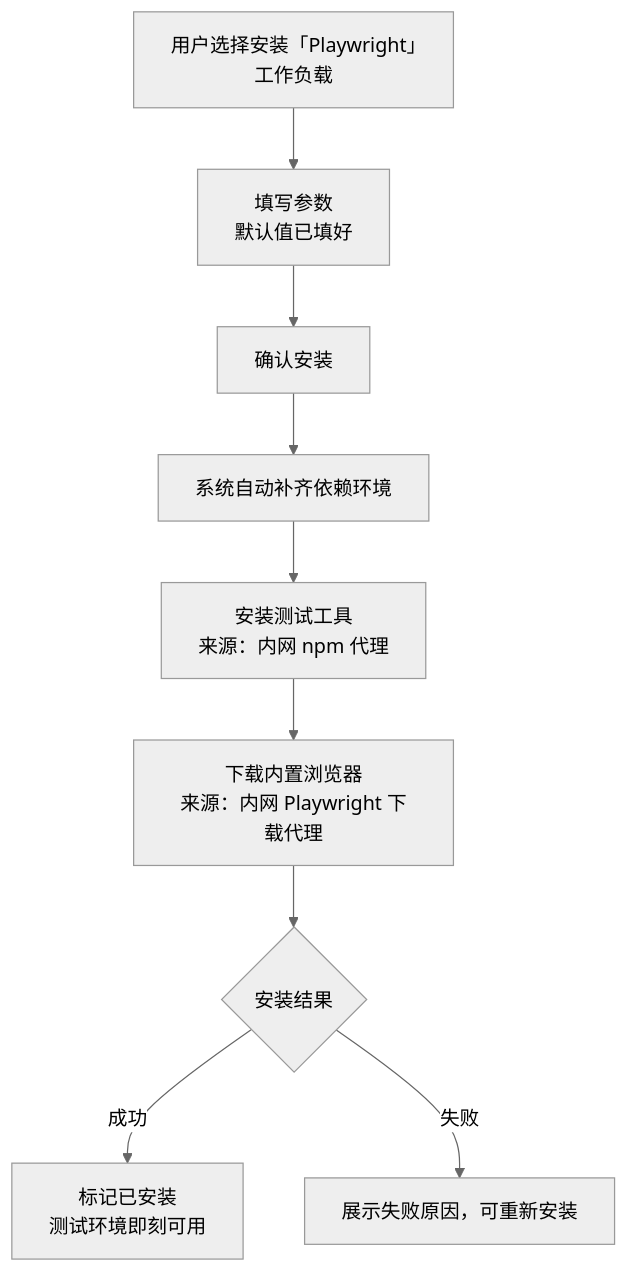
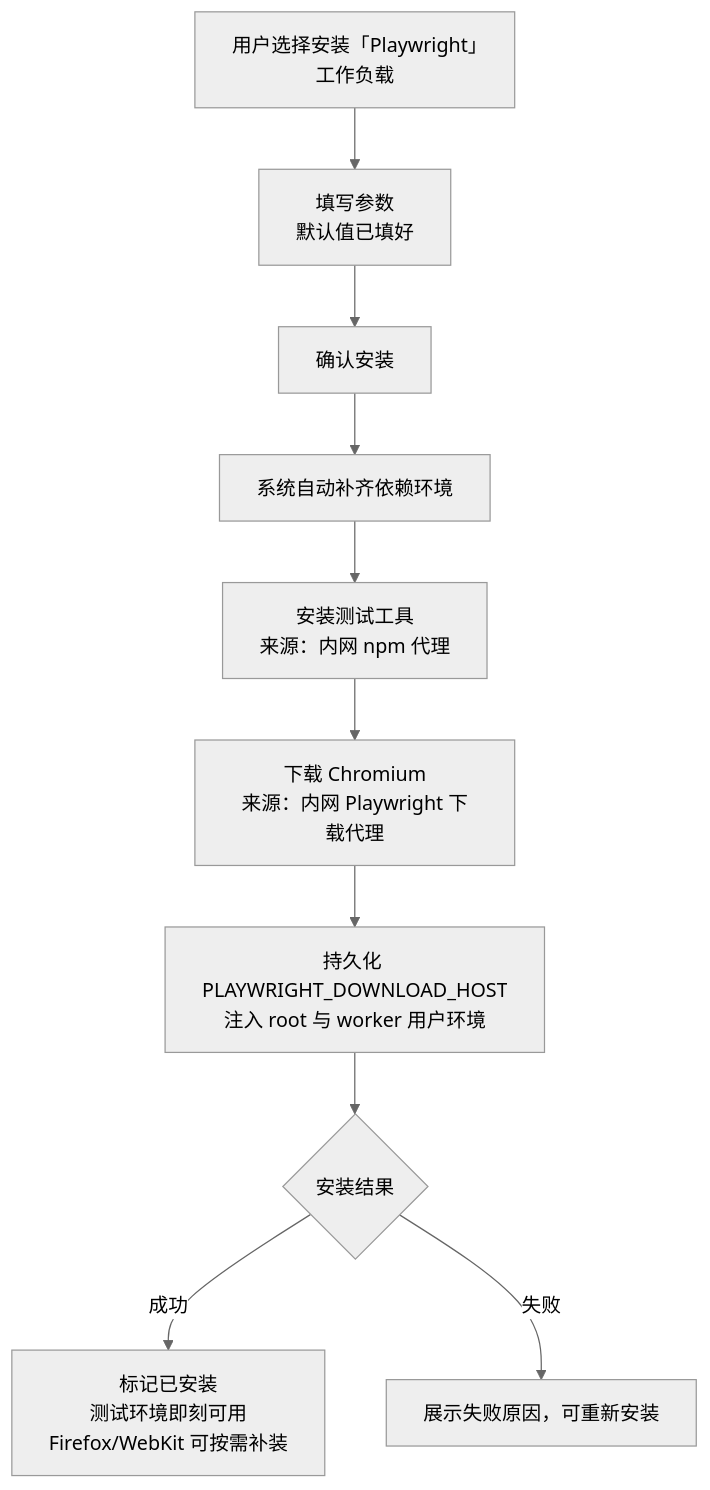
Before and after one commit to Deliay/z-agent-gear: the first of 2 diagrams in docs/product/draft/20261028-playwright-workload.md, drawn with Mermaid (neutral theme). The commit also changed other lines of this file and 2 other files, not shown here.

First line of the commit message:
docs(prd,plan): v1.1 评审修订——下载地址持久注入 root/worker 用户环境 + 默认仅安装 Chromium

````diff
--- a/docs/product/draft/20261028-playwright-workload.md
+++ b/docs/product/draft/20261028-playwright-workload.md
@@ -122,11 +137,12 @@
 ```mermaid
 flowchart TD
     A[用户选择安装「Playwright」工作负载] --> B[填写参数<br/>默认值已填好]
     B --> C[确认安装]
     C --> D[系统自动补齐依赖环境]
     D --> E[安装测试工具<br/>来源：内网 npm 代理]
-    E --> F[下载内置浏览器<br/>来源：内网 Playwright 下载代理]
-    F --> G{安装结果}
-    G -->|成功| H[标记已安装<br/>测试环境即刻可用]
+    E --> F[下载 Chromium<br/>来源：内网 Playwright 下载代理]
+    F --> F2[持久化 PLAYWRIGHT_DOWNLOAD_HOST<br/>注入 root 与 worker 用户环境]
+    F2 --> G{安装结果}
+    G -->|成功| H[标记已安装<br/>测试环境即刻可用<br/>Firefox/WebKit 可按需补装]
     G -->|失败| I[展示失败原因，可重新安装]
 ```
````
